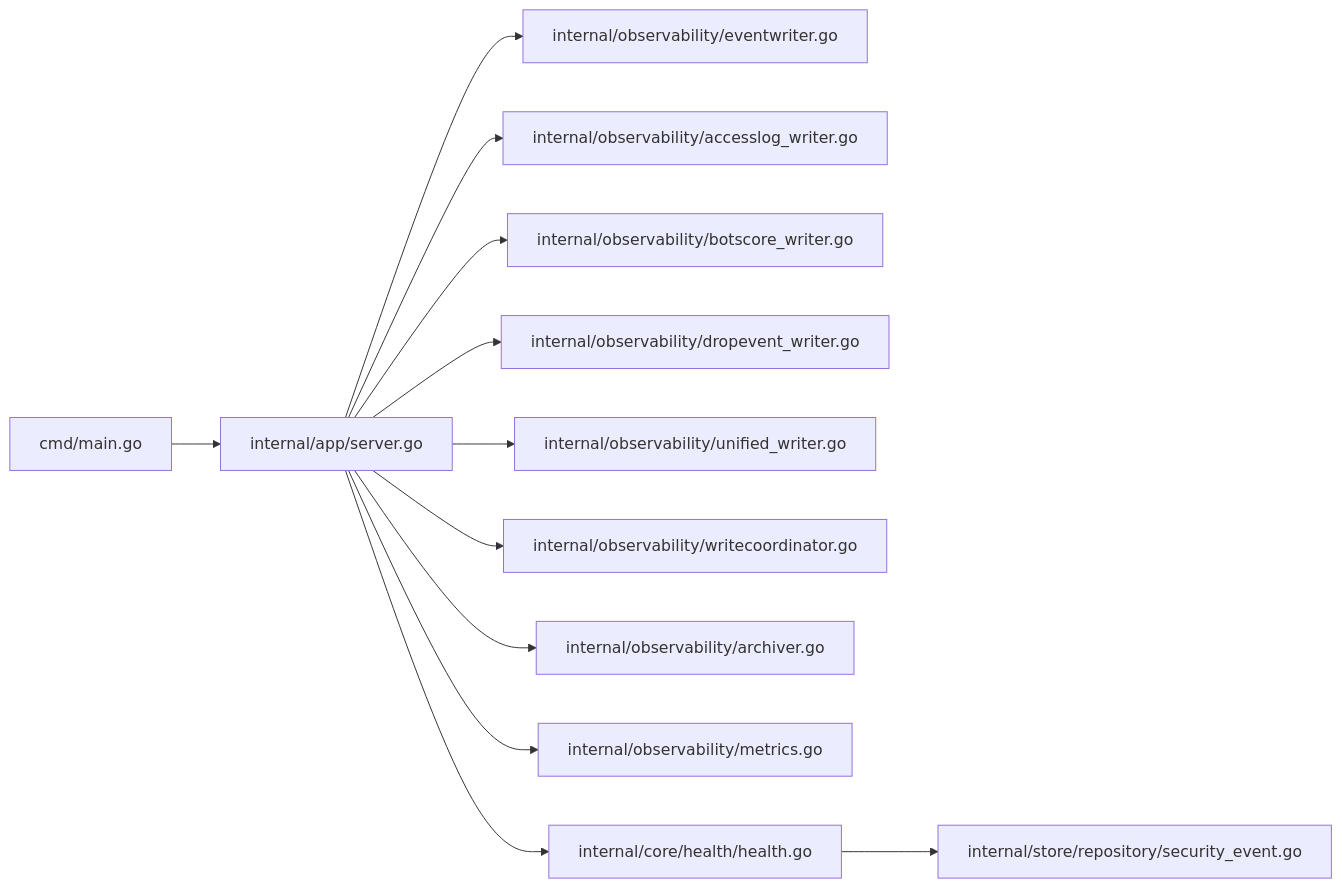
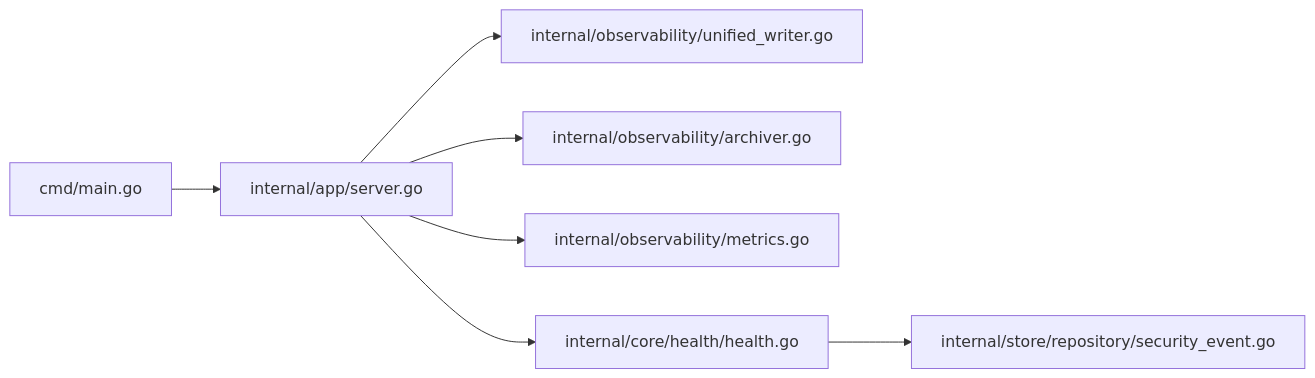
The eighth of 8 diagrams in docs/监控与可观测性/监控与可观测性.md (x01n/My-OpenWaf), drawn with Mermaid before and after one commit. The commit also changed other lines of this file and 622 other files, not shown here.

````diff
--- a/docs/监控与可观测性/监控与可观测性.md
+++ b/docs/监控与可观测性/监控与可观测性.md
@@ -315,14 +305,9 @@
 ```mermaid
 graph LR
 MAIN["cmd/main.go"] --> SERVER["internal/app/server.go"]
-SERVER --> EVENTWRITER["internal/observability/eventwriter.go"]
-SERVER --> ACCESSWRITER["internal/observability/accesslog_writer.go"]
-SERVER --> BOTSCORE["internal/observability/botscore_writer.go"]
-SERVER --> DROPEVENT["internal/observability/dropevent_writer.go"]
 SERVER --> UNIFIED["internal/observability/unified_writer.go"]
-SERVER --> COORD["internal/observability/writecoordinator.go"]
 SERVER --> ARCHIVER["internal/observability/archiver.go"]
 SERVER --> METRICS["internal/observability/metrics.go"]
 SERVER --> HEALTH["internal/core/health/health.go"]
 HEALTH --> REPO["internal/store/repository/security_event.go"]
 ```
````
